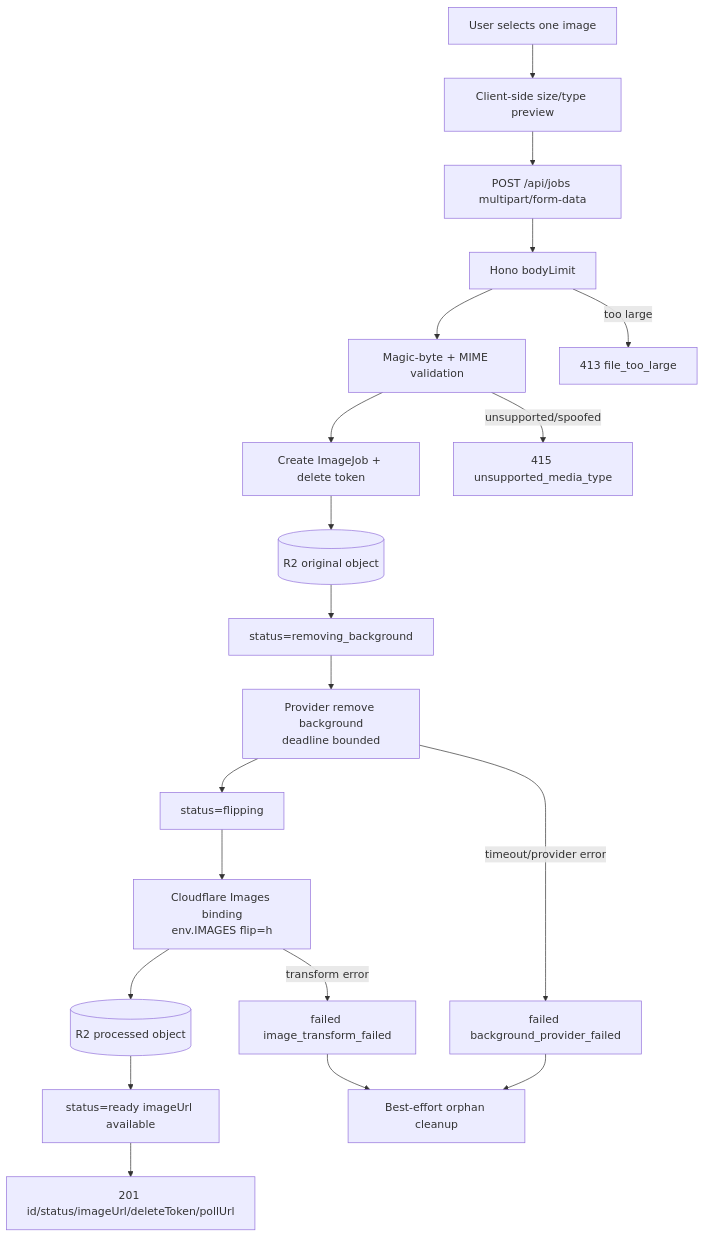
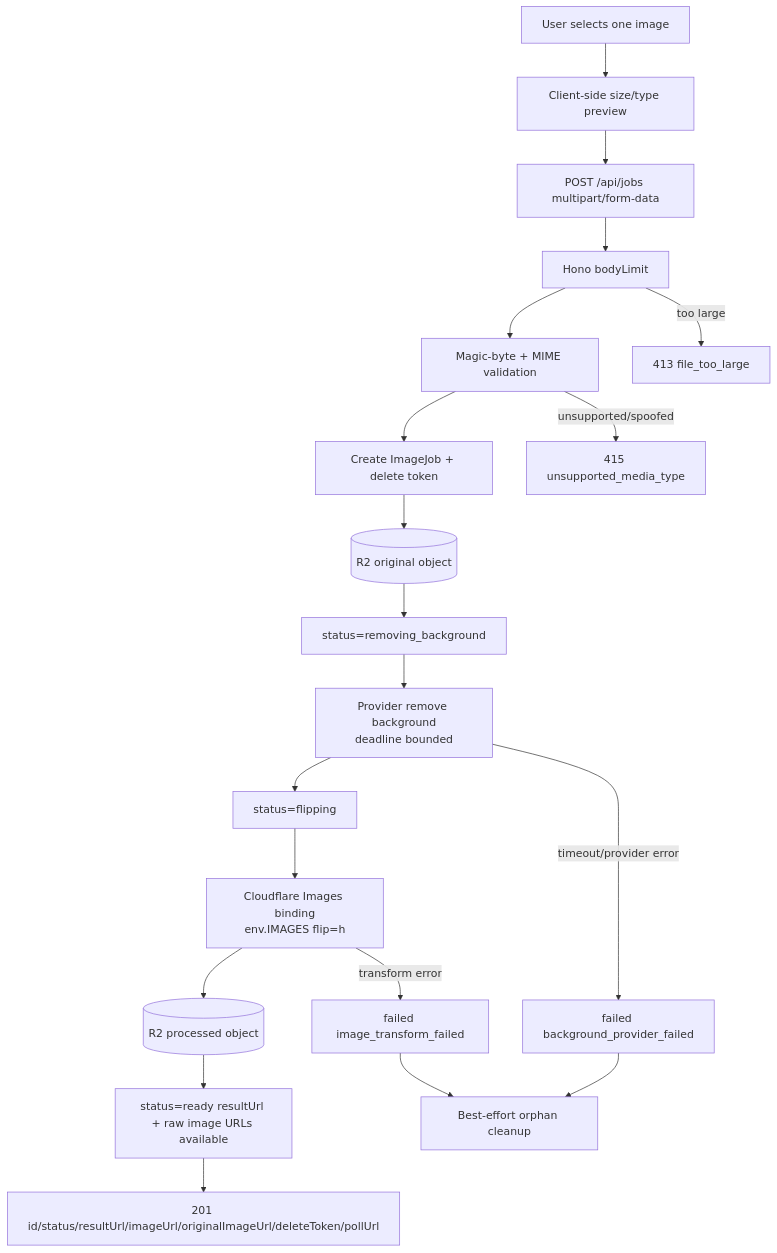
The second of 10 diagrams in docs/architecture.md (ozby/edge-matte), drawn with Mermaid before and after one commit. The commit also changed other lines of this file and 34 other files, not shown here.

````diff
--- a/docs/architecture.md
+++ b/docs/architecture.md
@@ -53,23 +53,23 @@
 ```mermaid
 flowchart TD
     START[User selects one image] --> CLIENT_VALIDATE[Client-side size/type preview]
     CLIENT_VALIDATE --> POST[POST /api/jobs multipart/form-data]
     POST --> LIMIT[Hono bodyLimit]
     LIMIT --> MAGIC[Magic-byte + MIME validation]
     MAGIC --> JOB_CREATE[Create ImageJob + delete token]
     JOB_CREATE --> STORE_ORIGINAL[(R2 original object)]
     STORE_ORIGINAL --> BG_STATUS[status=removing_background]
     BG_STATUS --> BG_CALL[Provider remove background<br/>deadline bounded]
     BG_CALL --> FLIP_STATUS[status=flipping]
     FLIP_STATUS --> FLIP[Cloudflare Images binding<br/>env.IMAGES flip=h]
     FLIP --> STORE_PROCESSED[(R2 processed object)]
-    STORE_PROCESSED --> READY[status=ready imageUrl available]
-    READY --> RESPONSE[201 id/status/imageUrl/deleteToken/pollUrl]
+    STORE_PROCESSED --> READY[status=ready resultUrl + raw image URLs available]
+    READY --> RESPONSE[201 id/status/resultUrl/imageUrl/originalImageUrl/deleteToken/pollUrl]
 
     LIMIT -->|too large| ERR_413[413 file_too_large]
     MAGIC -->|unsupported/spoofed| ERR_415[415 unsupported_media_type]
     BG_CALL -->|timeout/provider error| FAIL_PROVIDER[failed background_provider_failed]
     FLIP -->|transform error| FAIL_TRANSFORM[failed image_transform_failed]
     FAIL_PROVIDER --> CLEANUP[Best-effort orphan cleanup]
     FAIL_TRANSFORM --> CLEANUP
 ```
````
